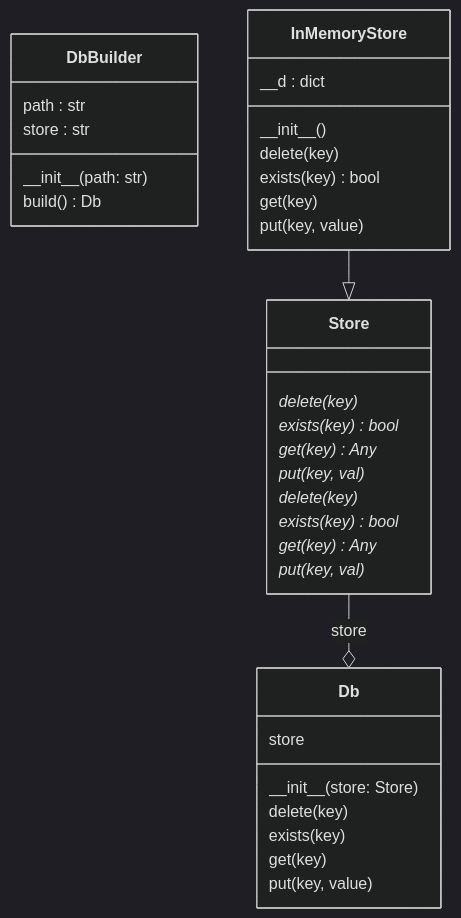
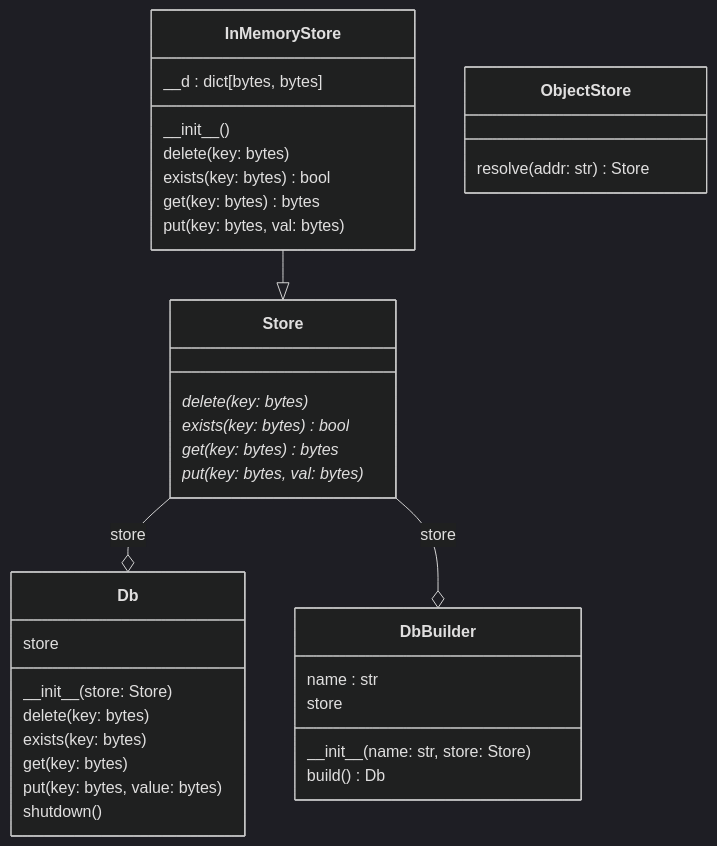
One commit to ShikoteiCoding/cailloudb changed the diagram in README.md. Above: the diagram before and after it, drawn with Mermaid (dark theme). The commit also changed 1 other file, not shown here.

Commit message:
update diag

````diff
--- a/README.md
+++ b/README.md
@@ -36,39 +36,39 @@
 ```mermaid
 classDiagram
   class Db {
     store
     \_\_init\_\_(store: Store)
-    delete(key)
-    exists(key)
-    get(key)
-    put(key, value)
+    delete(key: bytes)
+    exists(key: bytes)
+    get(key: bytes)
+    put(key: bytes, value: bytes)
+    shutdown()
   }
   class DbBuilder {
-    path : str
-    store : str
-    \_\_init\_\_(path: str)
+    name : str
+    store
+    \_\_init\_\_(name: str, store: Store)
     build() Db
   }
   class InMemoryStore {
-    \_\_d : dict
+    \_\_d : dict[bytes, bytes]
     \_\_init\_\_()
-    delete(key)
-    exists(key) bool
-    get(key)
-    put(key, value)
+    delete(key: bytes)
+    exists(key: bytes) bool
+    get(key: bytes) bytes
+    put(key: bytes, val: bytes)
+  }
+  class ObjectStore {
+    resolve(addr: str) Store
   }
   class Store {
-    delete(key)*
-    exists(key)* bool
-    get(key)* Any
-    put(key, val)*
-  }
-  class Store {
-    delete(key)*
-    exists(key)* bool
-    get(key)* Any
-    put(key, val)*
+    delete(key: bytes)*
+    exists(key: bytes)* bool
+    get(key: bytes)* bytes
+    put(key: bytes, val: bytes)*
   }
   InMemoryStore --|> Store
   Store --o Db : store
+  Store --o DbBuilder : store
+
 ```
````
